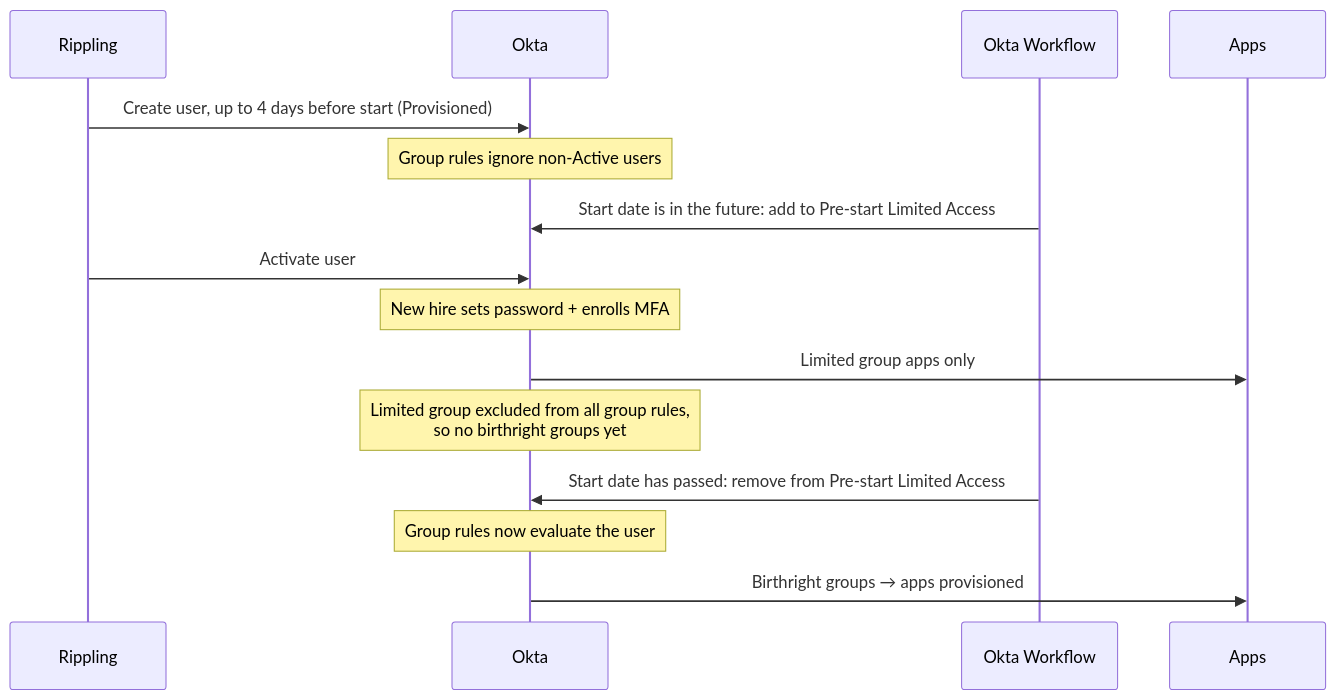
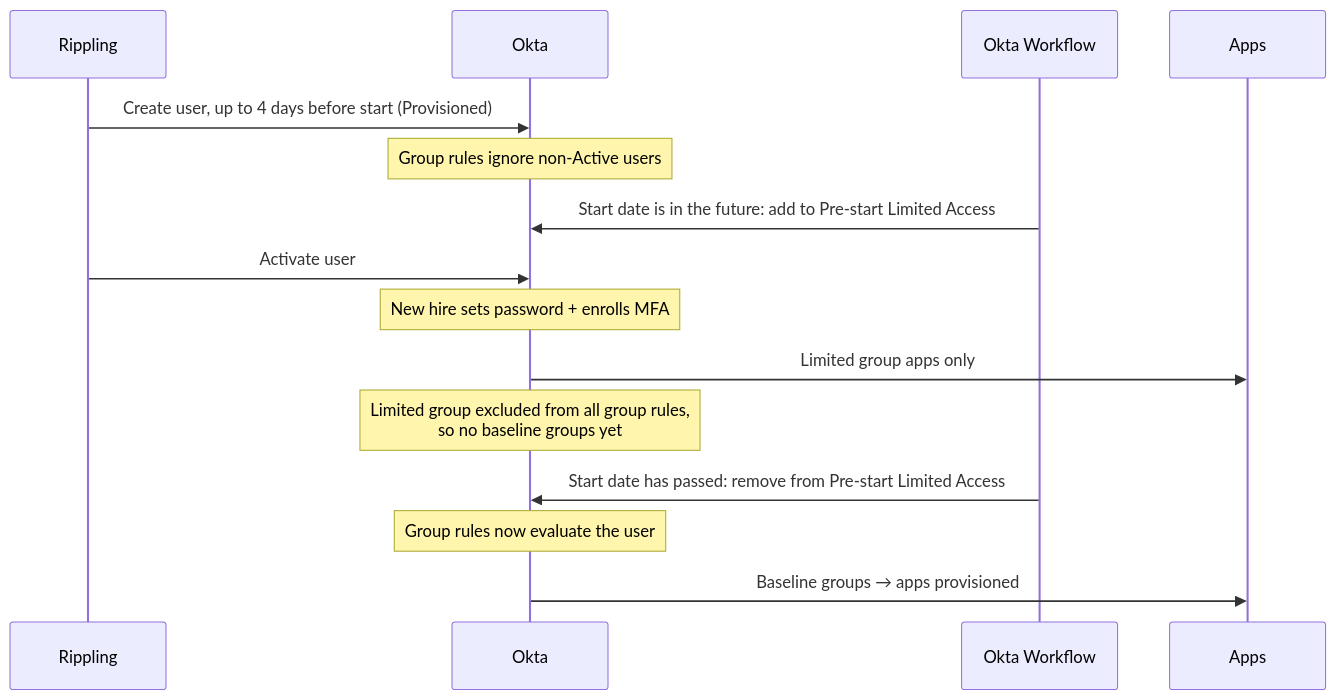
One commit to revoice1/BC-RV-Work-Trial changed the first of 2 diagrams in 04-hris-lifecycle-automation/PLAN.md. Above: the diagram before and after it, drawn with Mermaid. The commit also changed other lines of this file and 1 other file, not shown here.

Commit message:
Replace 'birthright' with 'baseline' access terminology

````diff
--- a/04-hris-lifecycle-automation/PLAN.md
+++ b/04-hris-lifecycle-automation/PLAN.md
@@ -32,18 +32,18 @@
 ```mermaid
 sequenceDiagram
     participant R as Rippling
     participant O as Okta
     participant W as Okta Workflow
     participant A as Apps
 
     R->>O: Create user, up to 4 days before start (Provisioned)
     Note over O: Group rules ignore non-Active users
     W->>O: Start date is in the future: add to Pre-start Limited Access
     R->>O: Activate user
     Note over O: New hire sets password + enrolls MFA
     O->>A: Limited group apps only
-    Note over O: Limited group excluded from all group rules,<br/>so no birthright groups yet
+    Note over O: Limited group excluded from all group rules,<br/>so no baseline groups yet
     W->>O: Start date has passed: remove from Pre-start Limited Access
     Note over O: Group rules now evaluate the user
-    O->>A: Birthright groups → apps provisioned
+    O->>A: Baseline groups → apps provisioned
 ```
````
